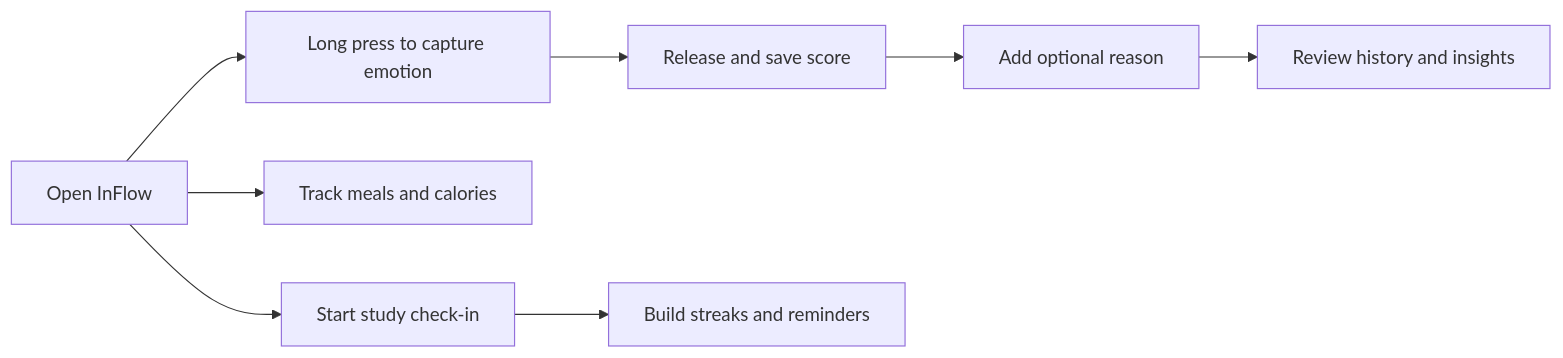
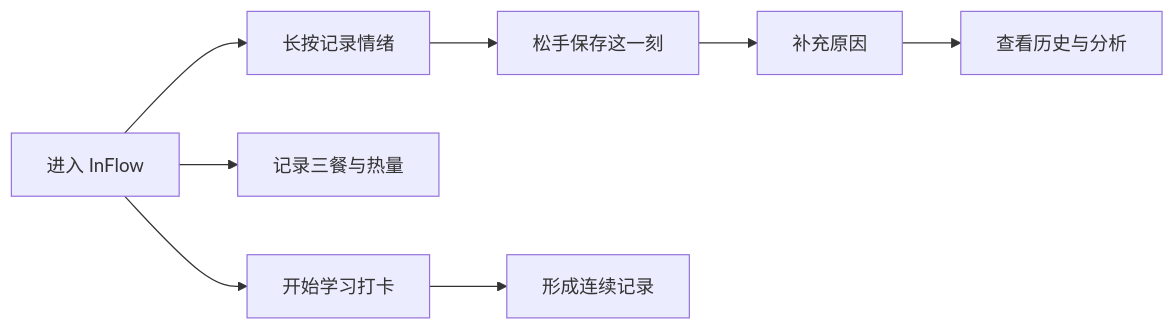
One commit to Lidazou/InFlow changed the diagram in README.md. Above: the diagram before and after it, drawn with Mermaid. The commit also changed other lines of this file, not shown here.

````diff
--- a/README.md
+++ b/README.md
@@ -37,10 +38,10 @@
 ```mermaid
 flowchart LR
-  A["Open InFlow"] --> B["Long press to capture emotion"]
-  B --> C["Release and save score"]
-  C --> D["Add optional reason"]
-  D --> E["Review history and insights"]
-  A --> F["Track meals and calories"]
-  A --> G["Start study check-in"]
-  G --> H["Build streaks and reminders"]
+  A["进入 InFlow"] --> B["长按记录情绪"]
+  B --> C["松手保存这一刻"]
+  C --> D["补充原因"]
+  D --> E["查看历史与分析"]
+  A --> F["记录三餐与热量"]
+  A --> G["开始学习打卡"]
+  G --> H["形成连续记录"]
 ```
````
